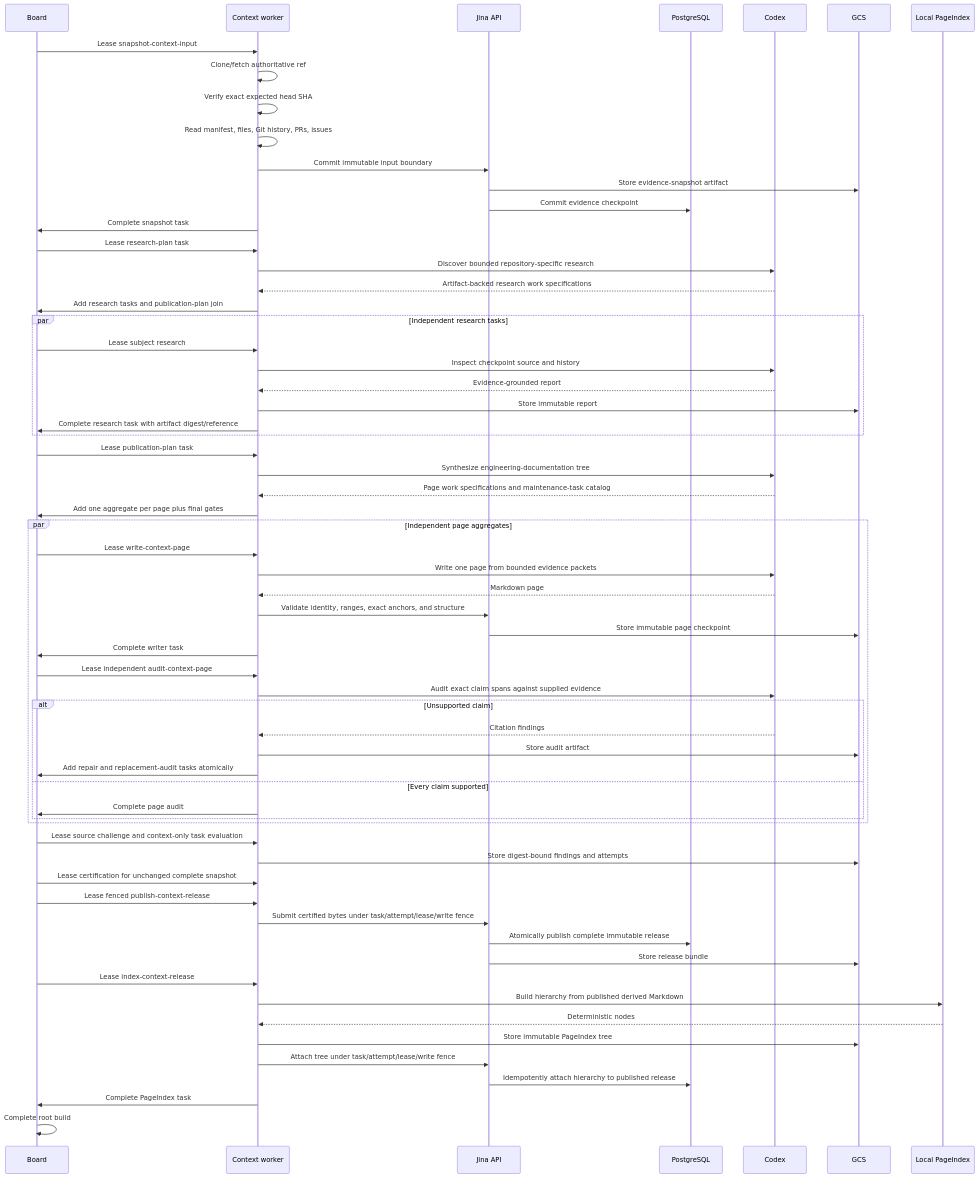
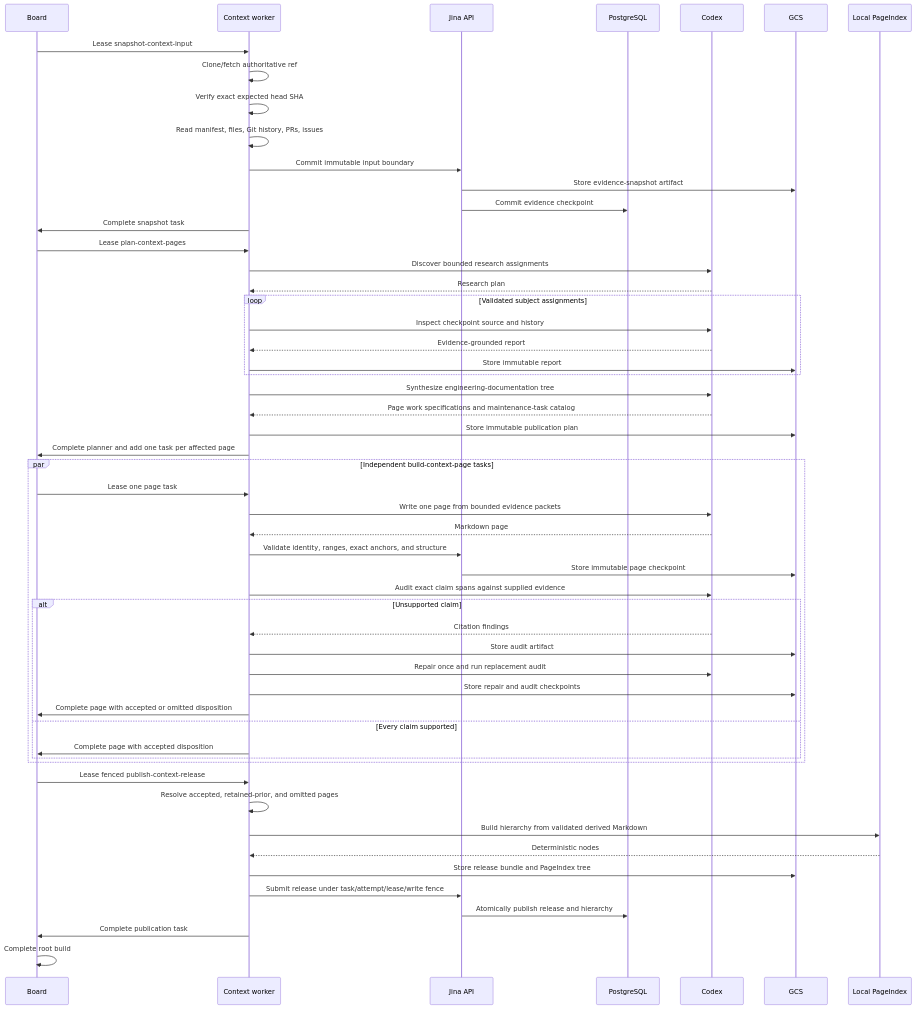
Before and after one commit to keon/jina-context-wiki-e2e-20260808: the second of 8 diagrams in docs/SEQUENCE_DIAGRAM.md, drawn with Mermaid. The commit also changed other lines of this file and 91 other files, not shown here.

Commit message:
Simplify architecture and retire obsolete workflows

````diff
--- a/docs/SEQUENCE_DIAGRAM.md
+++ b/docs/SEQUENCE_DIAGRAM.md
@@ -26,70 +26,60 @@
 ```mermaid
 sequenceDiagram
     participant B as Board
     participant W as Context worker
     participant API as Jina API
     participant PG as PostgreSQL
     participant C as Codex
     participant GCS as GCS
     participant PI as Local PageIndex
 
     B->>W: Lease snapshot-context-input
     W->>W: Clone/fetch authoritative ref
     W->>W: Verify exact expected head SHA
     W->>W: Read manifest, files, Git history, PRs, issues
     W->>API: Commit immutable input boundary
     API->>GCS: Store evidence-snapshot artifact
     API->>PG: Commit evidence checkpoint
     W->>B: Complete snapshot task
 
-    B->>W: Lease research-plan task
-    W->>C: Discover bounded repository-specific research
-    C-->>W: Artifact-backed research work specifications
-    W->>B: Add research tasks and publication-plan join
-    par Independent research tasks
-        B->>W: Lease subject research
+    B->>W: Lease plan-context-pages
+    W->>C: Discover bounded research assignments
+    C-->>W: Research plan
+    loop Validated subject assignments
         W->>C: Inspect checkpoint source and history
         C-->>W: Evidence-grounded report
         W->>GCS: Store immutable report
-        W->>B: Complete research task with artifact digest/reference
     end
-
-    B->>W: Lease publication-plan task
     W->>C: Synthesize engineering-documentation tree
     C-->>W: Page work specifications and maintenance-task catalog
-    W->>B: Add one aggregate per page plus final gates
+    W->>GCS: Store immutable publication plan
+    W->>B: Complete planner and add one task per affected page
 
-    par Independent page aggregates
-        B->>W: Lease write-context-page
+    par Independent build-context-page tasks
+        B->>W: Lease one page task
         W->>C: Write one page from bounded evidence packets
         C-->>W: Markdown page
         W->>API: Validate identity, ranges, exact anchors, and structure
         API->>GCS: Store immutable page checkpoint
-        W->>B: Complete writer task
-        B->>W: Lease independent audit-context-page
         W->>C: Audit exact claim spans against supplied evidence
         alt Unsupported claim
             C-->>W: Citation findings
             W->>GCS: Store audit artifact
-            W->>B: Add repair and replacement-audit tasks atomically
+            W->>C: Repair once and run replacement audit
+            W->>GCS: Store repair and audit checkpoints
+            W->>B: Complete page with accepted or omitted disposition
         else Every claim supported
-            W->>B: Complete page audit
+            W->>B: Complete page with accepted disposition
         end
     end
 
-    B->>W: Lease source challenge and context-only task evaluation
-    W->>GCS: Store digest-bound findings and attempts
-    B->>W: Lease certification for unchanged complete snapshot
     B->>W: Lease fenced publish-context-release
-    W->>API: Submit certified bytes under task/attempt/lease/write fence
-    API->>PG: Atomically publish complete immutable release
-    API->>GCS: Store release bundle
-    B->>W: Lease index-context-release
-    W->>PI: Build hierarchy from published derived Markdown
+    W->>W: Resolve accepted, retained-prior, and omitted pages
+    W->>PI: Build hierarchy from validated derived Markdown
     PI-->>W: Deterministic nodes
-    W->>GCS: Store immutable PageIndex tree
-    W->>API: Attach tree under task/attempt/lease/write fence
-    API->>PG: Idempotently attach hierarchy to published release
-    W->>B: Complete PageIndex task
+    W->>GCS: Store release bundle and PageIndex tree
+    W->>API: Submit release under task/attempt/lease/write fence
+    API->>PG: Atomically publish release and hierarchy
+    W->>B: Complete publication task
     B->>B: Complete root build
 ```
````
